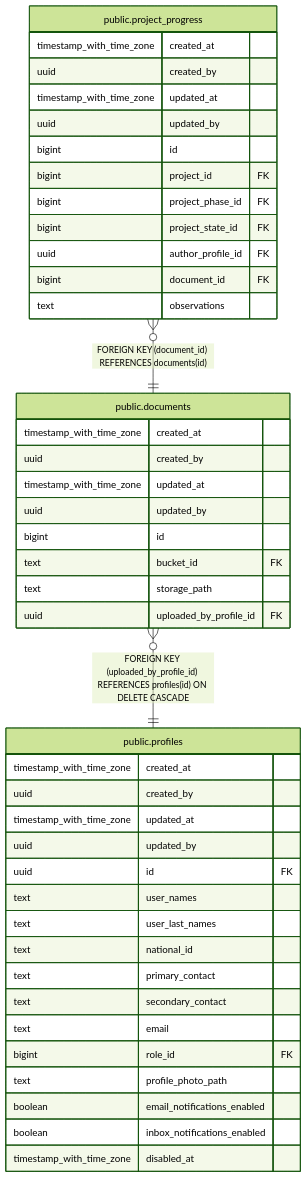
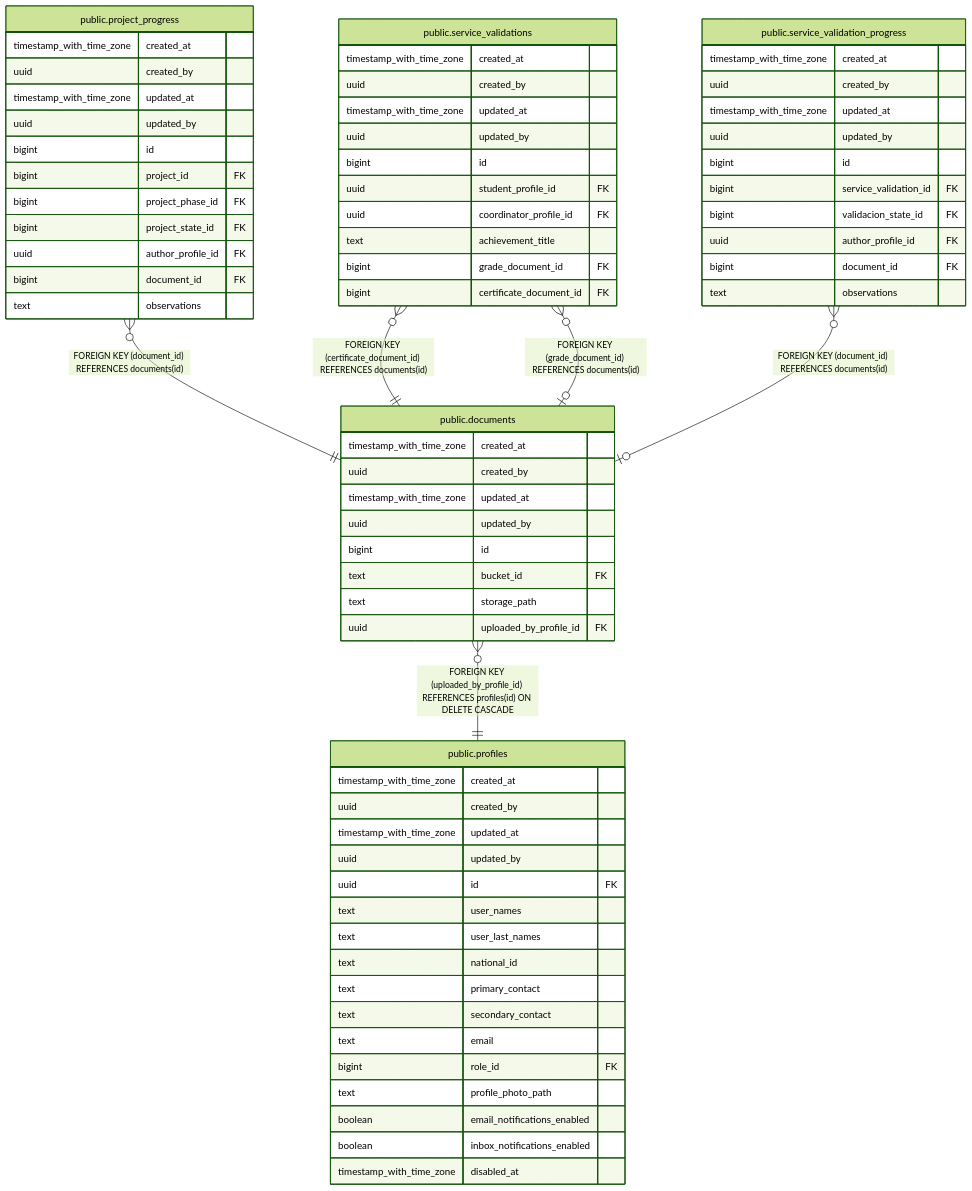
One commit to icristianhernandez/academic-service-backend changed the diagram in docs/db/tbls/public.documents.md. Above: the diagram before and after it, drawn with Mermaid (forest theme). The commit also changed other lines of this file and 7 other files, not shown here.

````diff
--- a/docs/db/tbls/public.documents.md
+++ b/docs/db/tbls/public.documents.md
@@ -44,48 +44,75 @@
 ```mermaid
 erDiagram
 
 "public.project_progress" }o--|| "public.documents" : "FOREIGN KEY (document_id) REFERENCES documents(id)"
+"public.service_validations" }o--|| "public.documents" : "FOREIGN KEY (certificate_document_id) REFERENCES documents(id)"
+"public.service_validations" }o--o| "public.documents" : "FOREIGN KEY (grade_document_id) REFERENCES documents(id)"
+"public.service_validation_progress" }o--o| "public.documents" : "FOREIGN KEY (document_id) REFERENCES documents(id)"
 "public.documents" }o--|| "public.profiles" : "FOREIGN KEY (uploaded_by_profile_id) REFERENCES profiles(id) ON DELETE CASCADE"
 
 "public.documents" {
   timestamp_with_time_zone created_at ""
   uuid created_by ""
   timestamp_with_time_zone updated_at ""
   uuid updated_by ""
   bigint id ""
   text bucket_id FK ""
   text storage_path ""
   uuid uploaded_by_profile_id FK ""
 }
 "public.project_progress" {
   timestamp_with_time_zone created_at ""
   uuid created_by ""
   timestamp_with_time_zone updated_at ""
   uuid updated_by ""
   bigint id ""
   bigint project_id FK ""
   bigint project_phase_id FK ""
   bigint project_state_id FK ""
   uuid author_profile_id FK ""
   bigint document_id FK ""
   text observations ""
 }
+"public.service_validations" {
+  timestamp_with_time_zone created_at ""
+  uuid created_by ""
+  timestamp_with_time_zone updated_at ""
+  uuid updated_by ""
+  bigint id ""
+  uuid student_profile_id FK ""
+  uuid coordinator_profile_id FK ""
+  text achievement_title ""
+  bigint grade_document_id FK ""
+  bigint certificate_document_id FK ""
+}
+"public.service_validation_progress" {
+  timestamp_with_time_zone created_at ""
+  uuid created_by ""
+  timestamp_with_time_zone updated_at ""
+  uuid updated_by ""
+  bigint id ""
+  bigint service_validation_id FK ""
+  bigint validacion_state_id FK ""
+  uuid author_profile_id FK ""
+  bigint document_id FK ""
+  text observations ""
+}
 "public.profiles" {
   timestamp_with_time_zone created_at ""
   uuid created_by ""
   timestamp_with_time_zone updated_at ""
   uuid updated_by ""
   uuid id FK ""
   text user_names ""
   text user_last_names ""
   text national_id ""
   text primary_contact ""
   text secondary_contact ""
   text email ""
   bigint role_id FK ""
   text profile_photo_path ""
   boolean email_notifications_enabled ""
   boolean inbox_notifications_enabled ""
   timestamp_with_time_zone disabled_at ""
 }
 ```
````
